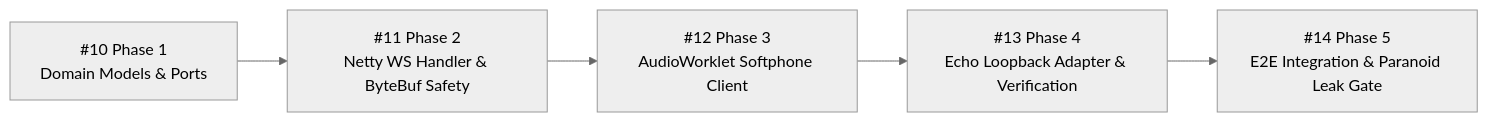
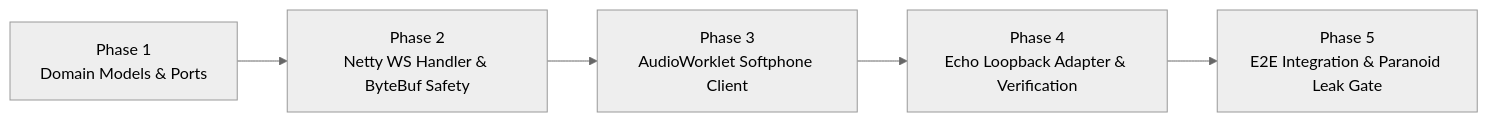
Before and after one commit to pedrazamiguez/voice-pulse: the second of 2 diagrams in docs/plans/epic-2-gateway-plan.md, drawn with Mermaid (neutral theme). The commit also changed other lines of this file and 3 other files, not shown here.

````diff
--- a/docs/plans/epic-2-gateway-plan.md
+++ b/docs/plans/epic-2-gateway-plan.md
@@ -74,7 +74,7 @@
 ```mermaid
 flowchart LR
-    VP10["#10 Phase 1<br/>Domain Models & Ports"] --> VP11["#11 Phase 2<br/>Netty WS Handler & ByteBuf Safety"]
-    VP11 --> VP12["#12 Phase 3<br/>AudioWorklet Softphone Client"]
-    VP12 --> VP13["#13 Phase 4<br/>Echo Loopback Adapter & Verification"]
-    VP13 --> VP14["#14 Phase 5<br/>E2E Integration & Paranoid Leak Gate"]
+    P1["Phase 1<br/>Domain Models & Ports"] --> P2["Phase 2<br/>Netty WS Handler & ByteBuf Safety"]
+    P2 --> P3["Phase 3<br/>AudioWorklet Softphone Client"]
+    P3 --> P4["Phase 4<br/>Echo Loopback Adapter & Verification"]
+    P4 --> P5["Phase 5<br/>E2E Integration & Paranoid Leak Gate"]
 ```
````
